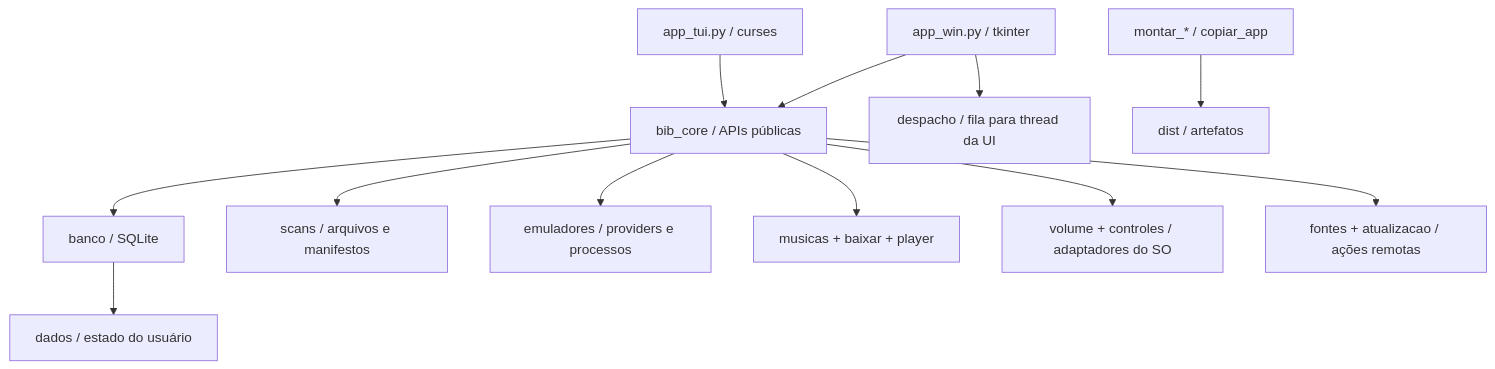
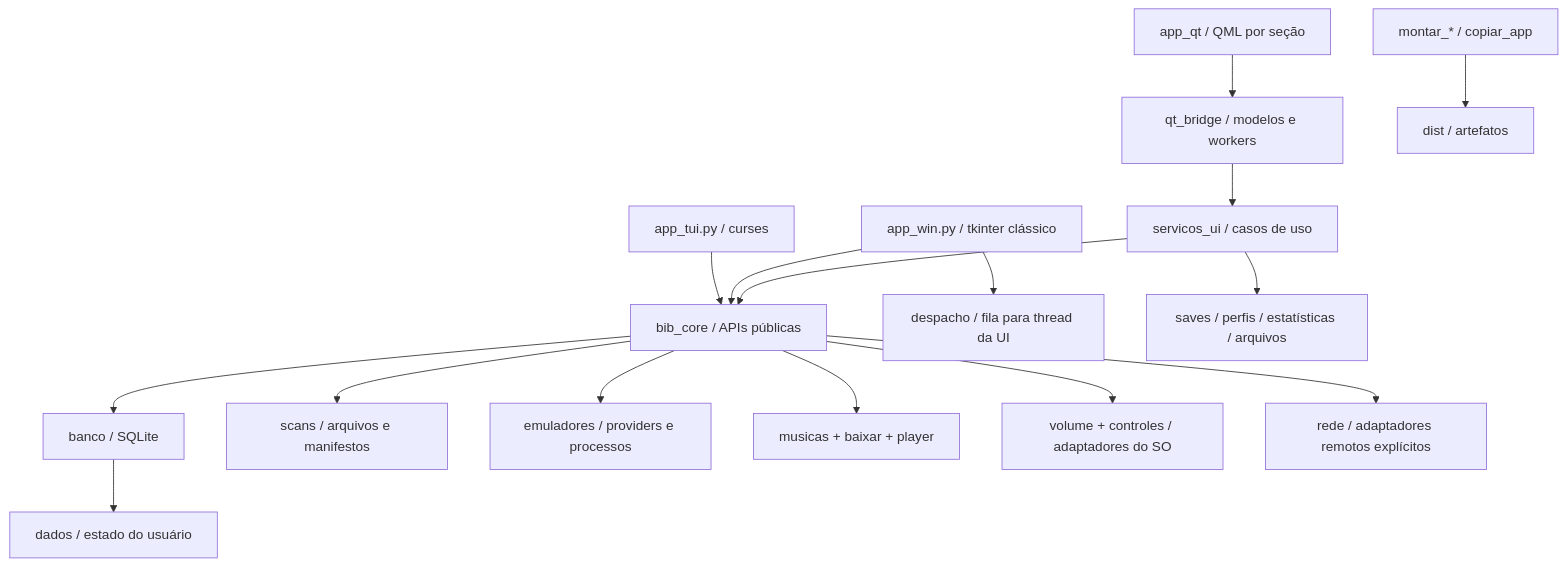
Before and after one commit to Artur-Lucena/TucoTeca: the diagram in docs/ARQUITETURA.md, drawn with Mermaid. The commit also changed other lines of this file and 79 other files, not shown here.

First line of the commit message:
feat(s7b): desejos obtidos, saves, video/YouTube, perfis e runtime Windows validado

````diff
--- a/docs/ARQUITETURA.md
+++ b/docs/ARQUITETURA.md
@@ -5,14 +5,18 @@
 ```mermaid
 flowchart TD
-  GUI[app_win.py / tkinter] --> Compat[bib_core / APIs públicas]
+  Qt[app_qt / QML por seção] --> Bridge[qt_bridge / modelos e workers]
+  Bridge --> Services[servicos_ui / casos de uso]
+  Services --> Compat[bib_core / APIs públicas]
+  GUI[app_win.py / tkinter clássico] --> Compat
   TUI[app_tui.py / curses] --> Compat
   GUI --> Dispatch[despacho / fila para thread da UI]
   Compat --> DB[banco / SQLite]
   Compat --> Scan[scans / arquivos e manifestos]
   Compat --> Emu[emuladores / providers e processos]
   Compat --> Music[musicas + baixar + player]
   Compat --> System[volume + controles / adaptadores do SO]
-  Compat --> Network[fontes + atualizacao / ações remotas]
+  Compat --> Network[rede / adaptadores remotos explícitos]
+  Services --> Personal[saves / perfis / estatísticas / arquivos]
   DB --> Dados[dados / estado do usuário]
   Builders[montar_* / copiar_app] --> Dist[dist / artefatos]
 ```
````
